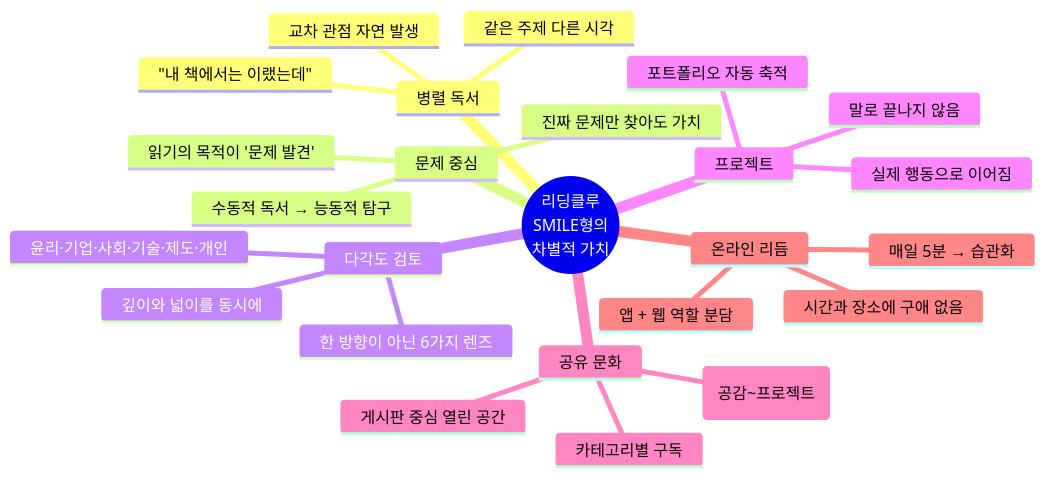
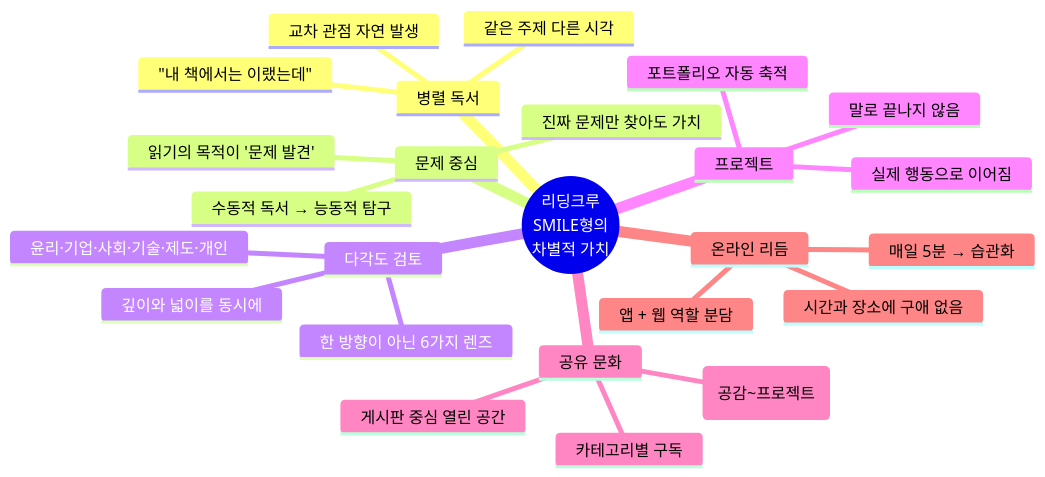
One commit to Collegenie-X/ReadingClueProject changed diagram 16 of 16 in 아이디어/6단계-리딩클루_유저시나리오_SMILE형.md. Above: the diagram before and after it, drawn with Mermaid. The commit also changed other lines of this file and 9 other files, not shown here.

````diff
--- a/아이디어/6단계-리딩클루_유저시나리오_SMILE형.md
+++ b/아이디어/6단계-리딩클루_유저시나리오_SMILE형.md
@@ -2134,28 +2134,28 @@
 ```mermaid
 mindmap
-  root((리딩클루<br/>SMILE형의<br/>차별적 가치))
+  root((리딩크루<br/>SMILE형의<br/>차별적 가치))
     병렬 독서
       같은 주제 다른 시각
       교차 관점 자연 발생
       "내 책에서는 이랬는데"
     문제 중심
       읽기의 목적이 '문제 발견'
       수동적 독서 → 능동적 탐구
       진짜 문제만 찾아도 가치
     다각도 검토
       윤리·기업·사회·기술·제도·개인
       한 방향이 아닌 6가지 렌즈
       깊이와 넓이를 동시에
     프로젝트
       말로 끝나지 않음
       실제 행동으로 이어짐
       포트폴리오 자동 축적
     공유 문화
       게시판 중심 열린 공간
       카테고리별 구독
       참여 스펙트럼 (공감~프로젝트)
     온라인 리듬
       매일 5분 → 습관화
       앱 + 웹 역할 분담
       시간과 장소에 구애 없음
 ```
````
